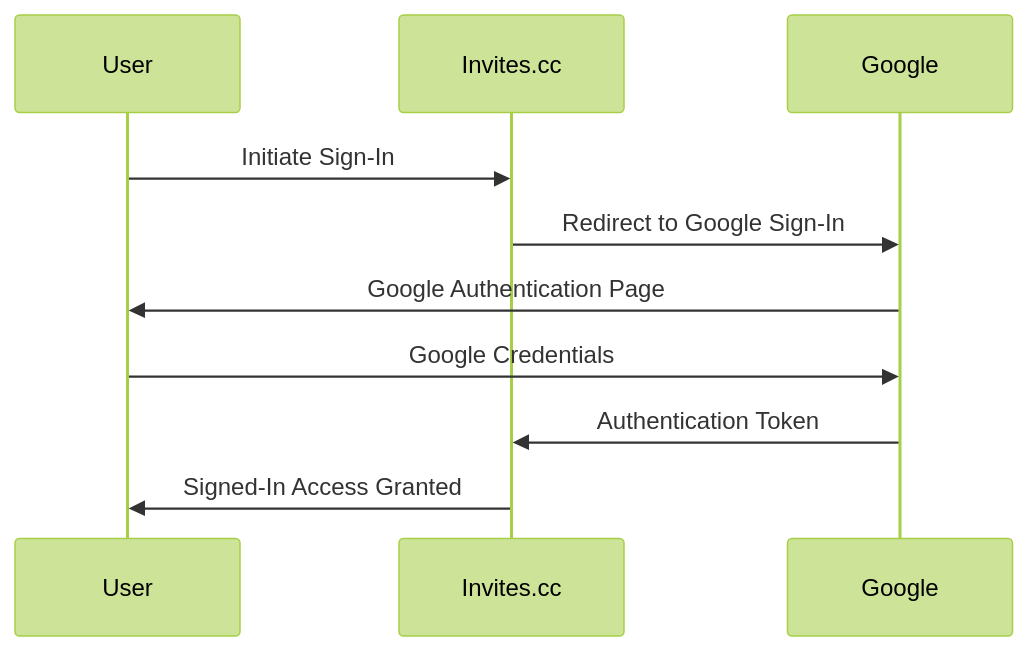
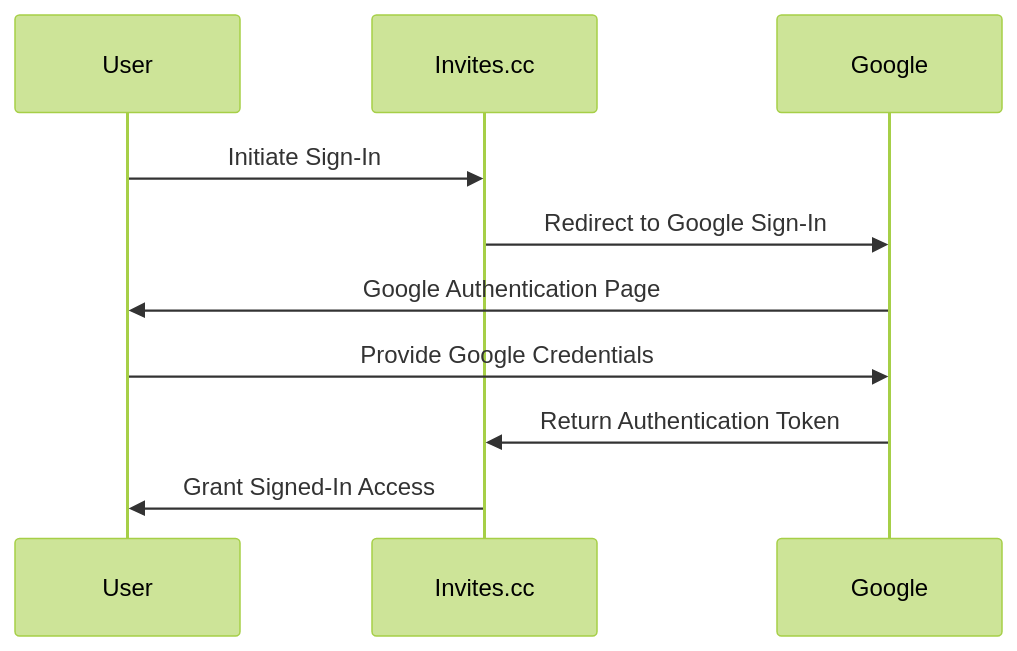
The first of 13 diagrams in docs/design-doc.md (ichilabs/invites.cc), drawn with Mermaid (forest theme) before and after one commit. The commit also changed other lines of this file, not shown here.

````diff
--- a/docs/design-doc.md
+++ b/docs/design-doc.md
@@ -32,13 +163,13 @@
 ```mermaid
 sequenceDiagram
     participant User
     participant Invites.cc
     participant Google
     
     User ->> Invites.cc: Initiate Sign-In
     Invites.cc ->> Google: Redirect to Google Sign-In
     Google ->> User: Google Authentication Page
-    User ->> Google: Google Credentials
-    Google ->> Invites.cc: Authentication Token
-    Invites.cc ->> User: Signed-In Access Granted
+    User ->> Google: Provide Google Credentials
+    Google ->> Invites.cc: Return Authentication Token
+    Invites.cc ->> User: Grant Signed-In Access
 ```
````
